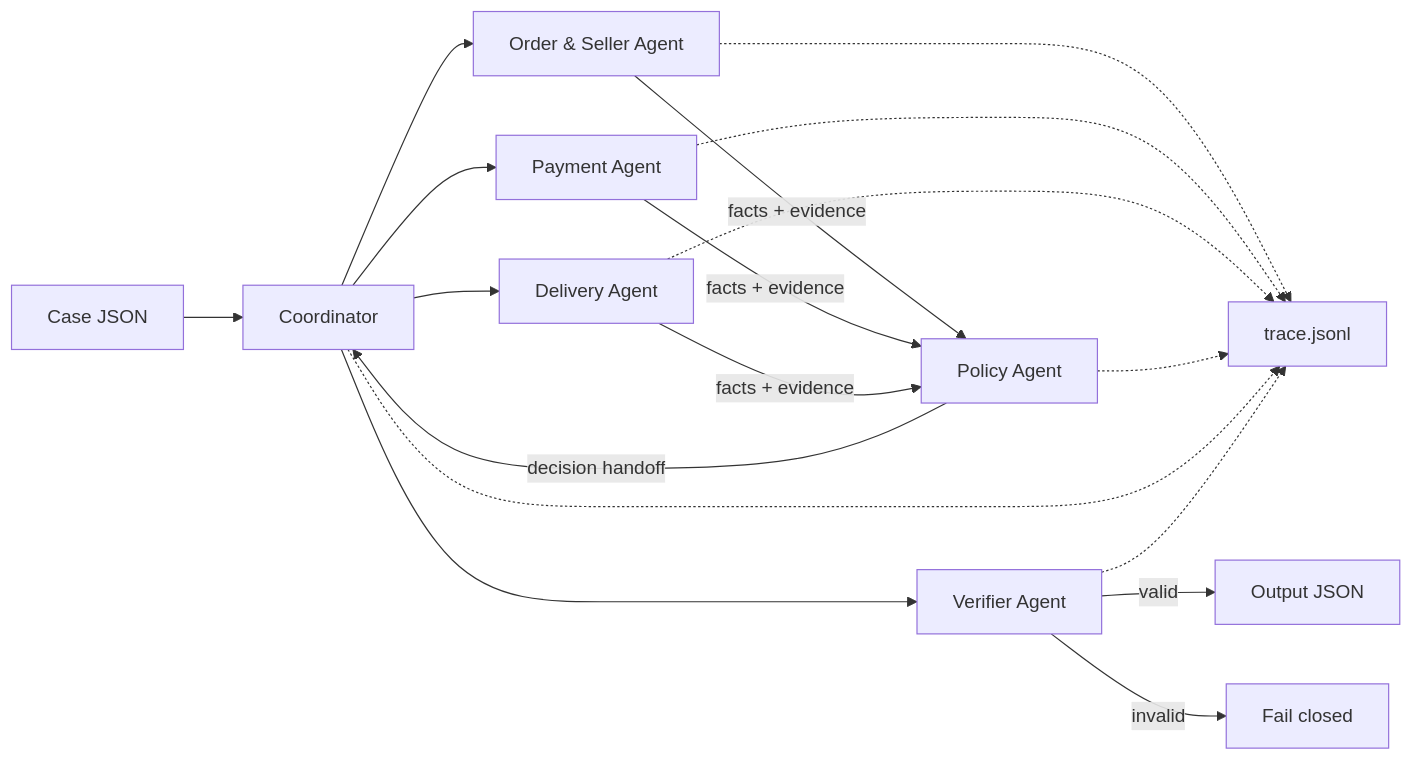
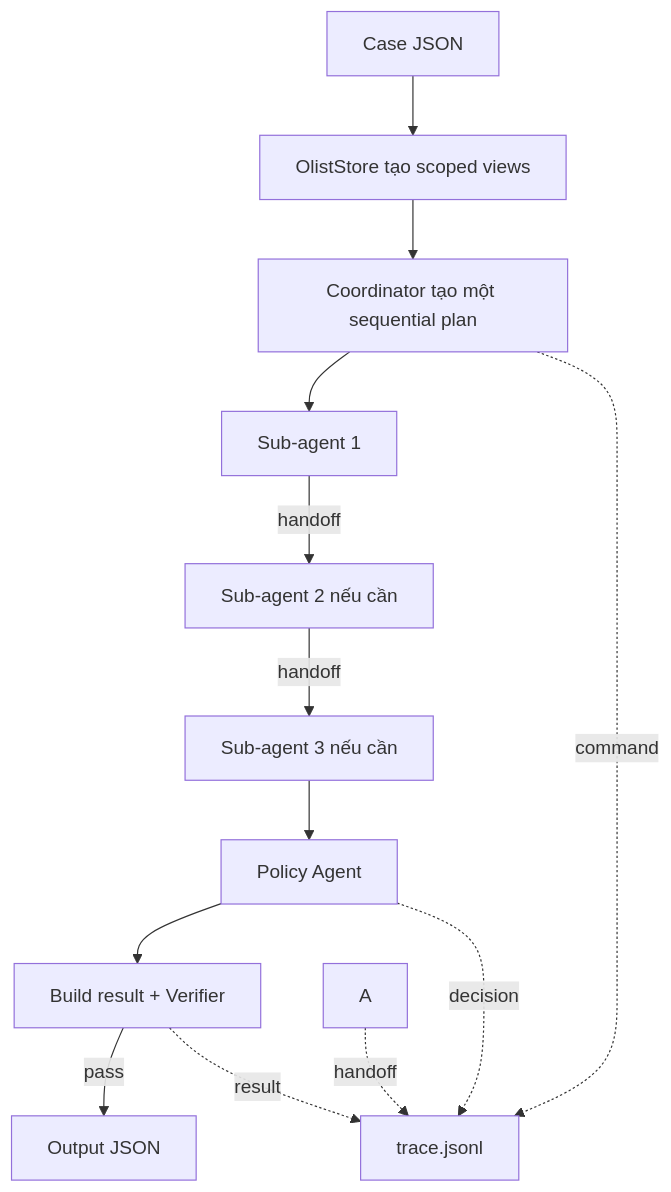
The diagram in architecture.md (lbngyn/K3-Day9-Multi-Agent-A2A), drawn with Mermaid before and after one commit. The commit also changed other lines of this file and 39 other files, not shown here.

````diff
--- a/architecture.md
+++ b/architecture.md
@@ -7,20 +7,15 @@
 ```mermaid
-flowchart LR
-    I[Case JSON] --> C[Coordinator]
-    C --> OS[Order & Seller Agent]
-    C --> PA[Payment Agent]
-    C --> DA[Delivery Agent]
-    OS -->|facts + evidence| PO[Policy Agent]
-    PA -->|facts + evidence| PO
-    DA -->|facts + evidence| PO
-    PO -->|decision handoff| C
-    C --> V[Verifier Agent]
-    V -->|valid| O[Output JSON]
-    V -->|invalid| X[Fail closed]
-    OS -.-> T[trace.jsonl]
-    PA -.-> T
-    DA -.-> T
-    PO -.-> T
-    C -.-> T
-    V -.-> T
+flowchart TD
+    I[Case JSON] --> S[OlistStore tạo scoped views]
+    S --> C[Coordinator tạo một sequential plan]
+    C --> A1[Sub-agent 1]
+    A1 -->|handoff| A2[Sub-agent 2 nếu cần]
+    A2 -->|handoff| A3[Sub-agent 3 nếu cần]
+    A3 --> P[Policy Agent]
+    P --> V[Build result + Verifier]
+    V -->|pass| F[Output JSON]
+    C -. command .-> T[trace.jsonl]
+    A -. handoff .-> T
+    P -. decision .-> T
+    V -. result .-> T
 ```
````
